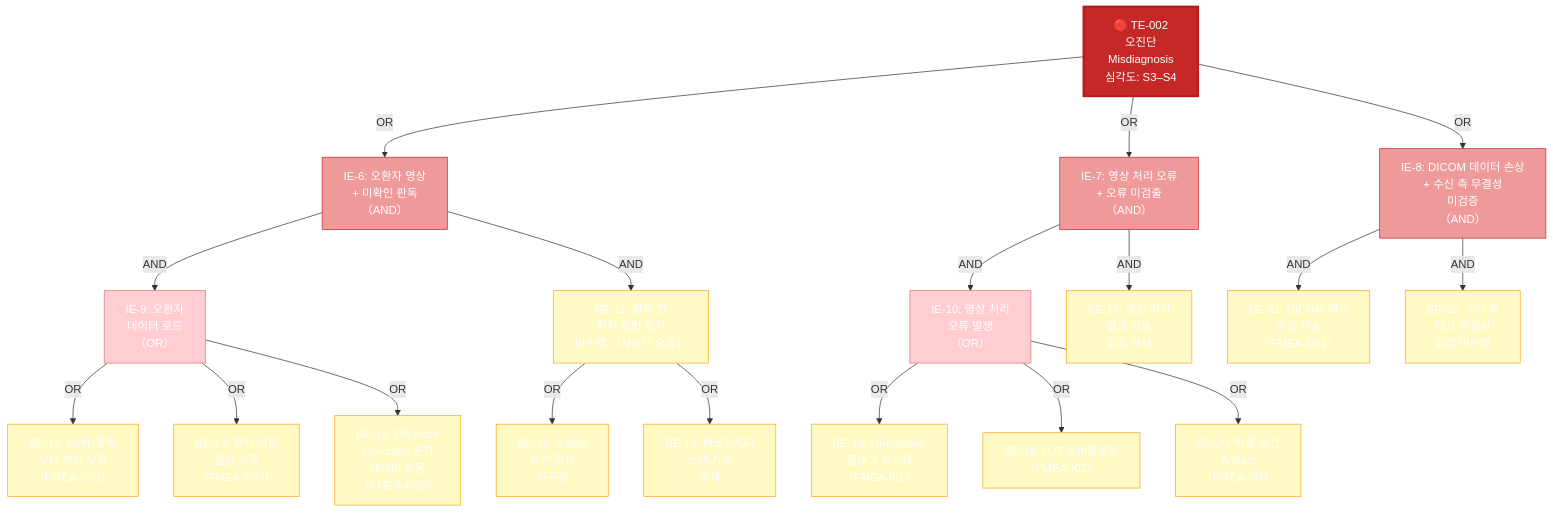
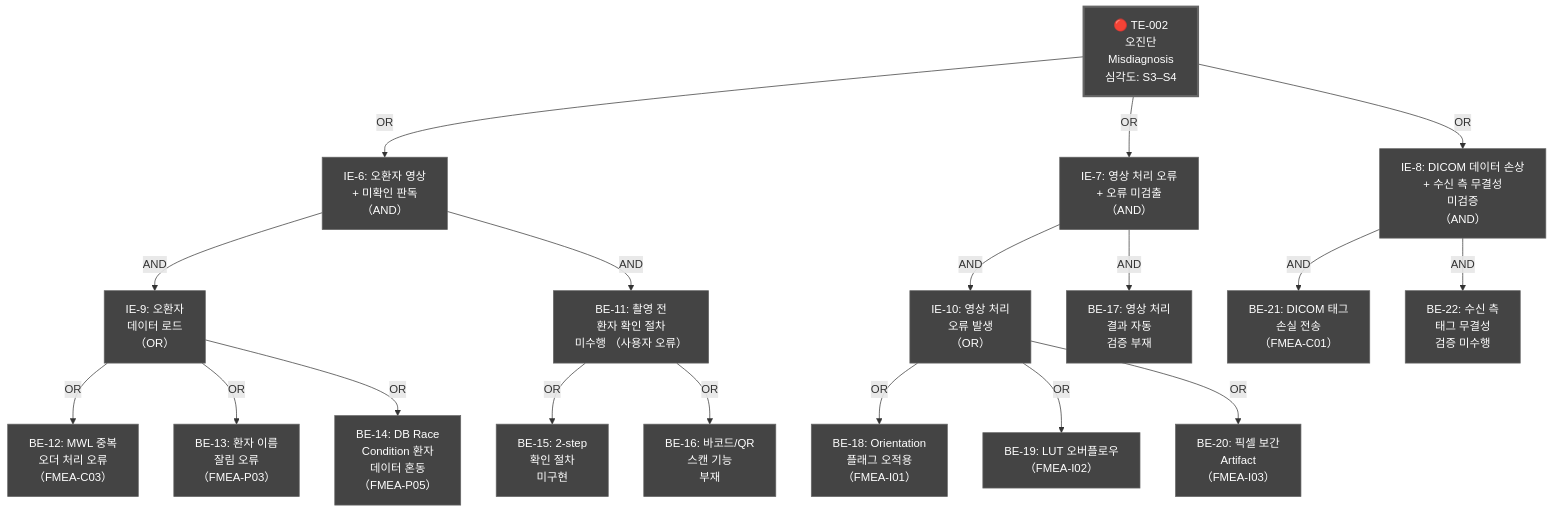
Before and after one commit to holee9/console-gui: the fourth of 11 diagrams in docs/risk/DOC-009_FMEA_v1.0.md, drawn with Mermaid. The commit also changed other lines of this file and 35 other files, not shown here.

First line of the commit message:
fix: 전체 Mermaid 차트 색상 진한 회색 통일

````diff
--- a/docs/risk/DOC-009_FMEA_v1.0.md
+++ b/docs/risk/DOC-009_FMEA_v1.0.md
@@ -409,54 +409,54 @@
 ```mermaid
 graph TD
     classDef default fill:#444,stroke:#666,color:#fff
     TE2["🔴 TE-002\n오진단\nMisdiagnosis\n심각도: S3–S4"]
 
     TE2 -- OR --> IE6
     TE2 -- OR --> IE7
     TE2 -- OR --> IE8
 
     IE6["IE-6: 오환자 영상\n+ 미확인 판독\n（AND）"]
     IE7["IE-7: 영상 처리 오류\n+ 오류 미검출\n（AND）"]
     IE8["IE-8: DICOM 데이터 손상\n+ 수신 측 무결성\n미검증\n（AND）"]
 
     IE6 -- AND --> IE9
     IE6 -- AND --> BE11["BE-11: 촬영 전\n환자 확인 절차\n미수행 （사용자 오류）"]
 
     IE9["IE-9: 오환자\n데이터 로드\n（OR）"]
     IE9 -- OR --> BE12["BE-12: MWL 중복\n오더 처리 오류\n（FMEA-C03）"]
     IE9 -- OR --> BE13["BE-13: 환자 이름\n잘림 오류\n（FMEA-P03）"]
     IE9 -- OR --> BE14["BE-14: DB Race\nCondition 환자\n데이터 혼동\n（FMEA-P05）"]
 
     BE11 -- OR --> BE15["BE-15: 2-step\n확인 절차\n미구현"]
     BE11 -- OR --> BE16["BE-16: 바코드/QR\n스캔 기능\n부재"]
 
     IE7 -- AND --> IE10
     IE7 -- AND --> BE17["BE-17: 영상 처리\n결과 자동\n검증 부재"]
 
     IE10["IE-10: 영상 처리\n오류 발생\n（OR）"]
     IE10 -- OR --> BE18["BE-18: Orientation\n플래그 오적용\n（FMEA-I01）"]
     IE10 -- OR --> BE19["BE-19: LUT 오버플로우\n（FMEA-I02）"]
     IE10 -- OR --> BE20["BE-20: 픽셀 보간\nArtifact\n（FMEA-I03）"]
 
     IE8 -- AND --> BE21["BE-21: DICOM 태그\n손실 전송\n（FMEA-C01）"]
     IE8 -- AND --> BE22["BE-22: 수신 측\n태그 무결성\n검증 미수행"]
 
-    style TE2 fill:#c62828,color:#ffffff,stroke:#b71c1c,stroke-width:3px
-    style IE6 fill:#ef9a9a,stroke:#c62828
-    style IE7 fill:#ef9a9a,stroke:#c62828
-    style IE8 fill:#ef9a9a,stroke:#c62828
-    style IE9 fill:#ffcdd2,stroke:#e57373
-    style IE10 fill:#ffcdd2,stroke:#e57373
-    style BE11 fill:#fff9c4,stroke:#f9a825
-    style BE12 fill:#fff9c4,stroke:#f9a825
-    style BE13 fill:#fff9c4,stroke:#f9a825
-    style BE14 fill:#fff9c4,stroke:#f9a825
-    style BE15 fill:#fff9c4,stroke:#f9a825
-    style BE16 fill:#fff9c4,stroke:#f9a825
-    style BE17 fill:#fff9c4,stroke:#f9a825
-    style BE18 fill:#fff9c4,stroke:#f9a825
-    style BE19 fill:#fff9c4,stroke:#f9a825
-    style BE20 fill:#fff9c4,stroke:#f9a825
-    style BE21 fill:#fff9c4,stroke:#f9a825
-    style BE22 fill:#fff9c4,stroke:#f9a825
+    style TE2 fill:#444,color:#fff,stroke:#666,stroke-width:3px
+    style IE6 fill:#444,stroke:#666
+    style IE7 fill:#444,stroke:#666
+    style IE8 fill:#444,stroke:#666
+    style IE9 fill:#444,stroke:#666
+    style IE10 fill:#444,stroke:#666
+    style BE11 fill:#444,stroke:#666
+    style BE12 fill:#444,stroke:#666
+    style BE13 fill:#444,stroke:#666
+    style BE14 fill:#444,stroke:#666
+    style BE15 fill:#444,stroke:#666
+    style BE16 fill:#444,stroke:#666
+    style BE17 fill:#444,stroke:#666
+    style BE18 fill:#444,stroke:#666
+    style BE19 fill:#444,stroke:#666
+    style BE20 fill:#444,stroke:#666
+    style BE21 fill:#444,stroke:#666
+    style BE22 fill:#444,stroke:#666
 ```
````
